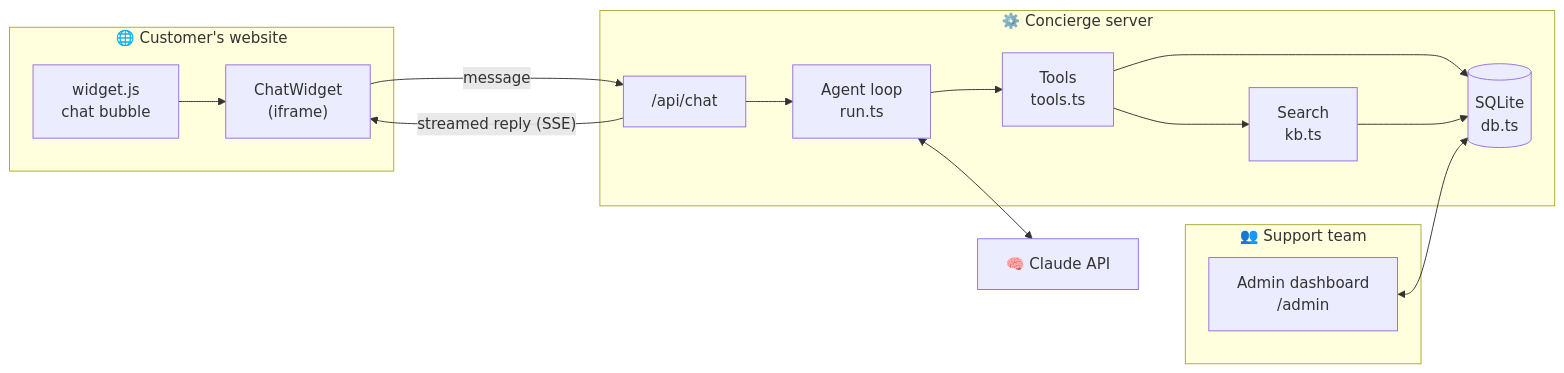
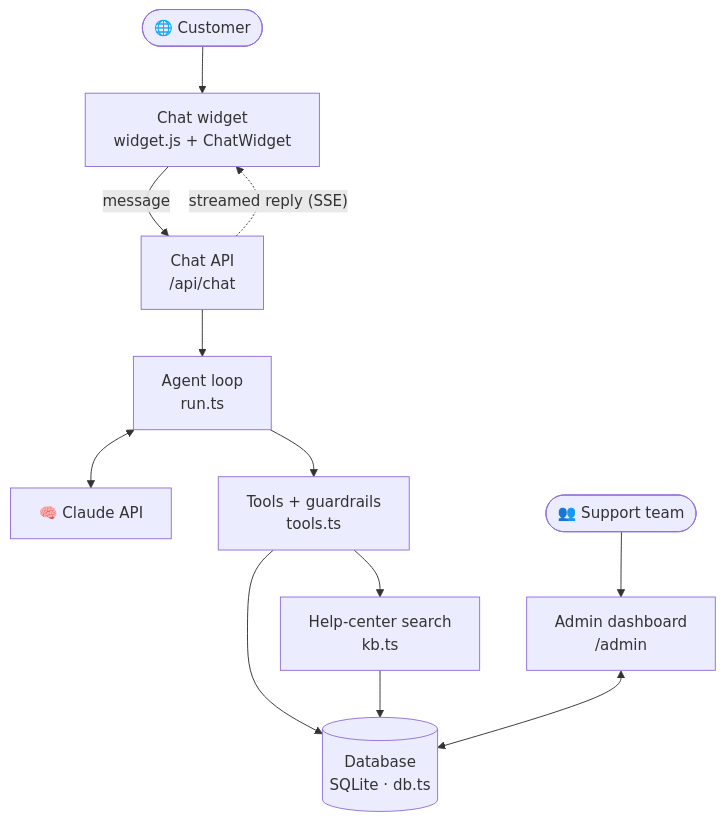
The first of 8 diagrams in docs/ARCHITECTURE.md (pritmon/concierge-ai-agent), drawn with Mermaid before and after one commit. The commit also changed other lines of this file, not shown here.

Commit message:
Use top-down layouts for wide diagrams

````diff
--- a/docs/ARCHITECTURE.md
+++ b/docs/ARCHITECTURE.md
@@ -33,23 +33,14 @@
 ```mermaid
-flowchart LR
-    subgraph Customer["🌐 Customer's website"]
-        W["widget.js<br/>chat bubble"] --> UI["ChatWidget<br/>(iframe)"]
-    end
-
-    subgraph Server["⚙️ Concierge server"]
-        API["/api/chat"] --> LOOP["Agent loop<br/>run.ts"]
-        LOOP --> TOOLS["Tools<br/>tools.ts"]
-        TOOLS --> KB["Search<br/>kb.ts"]
-        TOOLS --> DB[("SQLite<br/>db.ts")]
-        KB --> DB
-    end
-
-    subgraph Team["👥 Support team"]
-        ADMIN["Admin dashboard<br/>/admin"]
-    end
-
-    UI -- "message" --> API
-    API -- "streamed reply (SSE)" --> UI
+flowchart TB
+    CUST(["🌐 Customer"]) --> W["Chat widget<br/>widget.js + ChatWidget"]
+    W -- "message" --> API["Chat API<br/>/api/chat"]
+    API -. "streamed reply (SSE)" .-> W
+    API --> LOOP["Agent loop<br/>run.ts"]
     LOOP <--> CLAUDE["🧠 Claude API"]
+    LOOP --> TOOLS["Tools + guardrails<br/>tools.ts"]
+    TOOLS --> KB["Help-center search<br/>kb.ts"]
+    TOOLS --> DB[("Database<br/>SQLite · db.ts")]
+    KB --> DB
+    TEAM(["👥 Support team"]) --> ADMIN["Admin dashboard<br/>/admin"]
     ADMIN <--> DB
 ```
````
